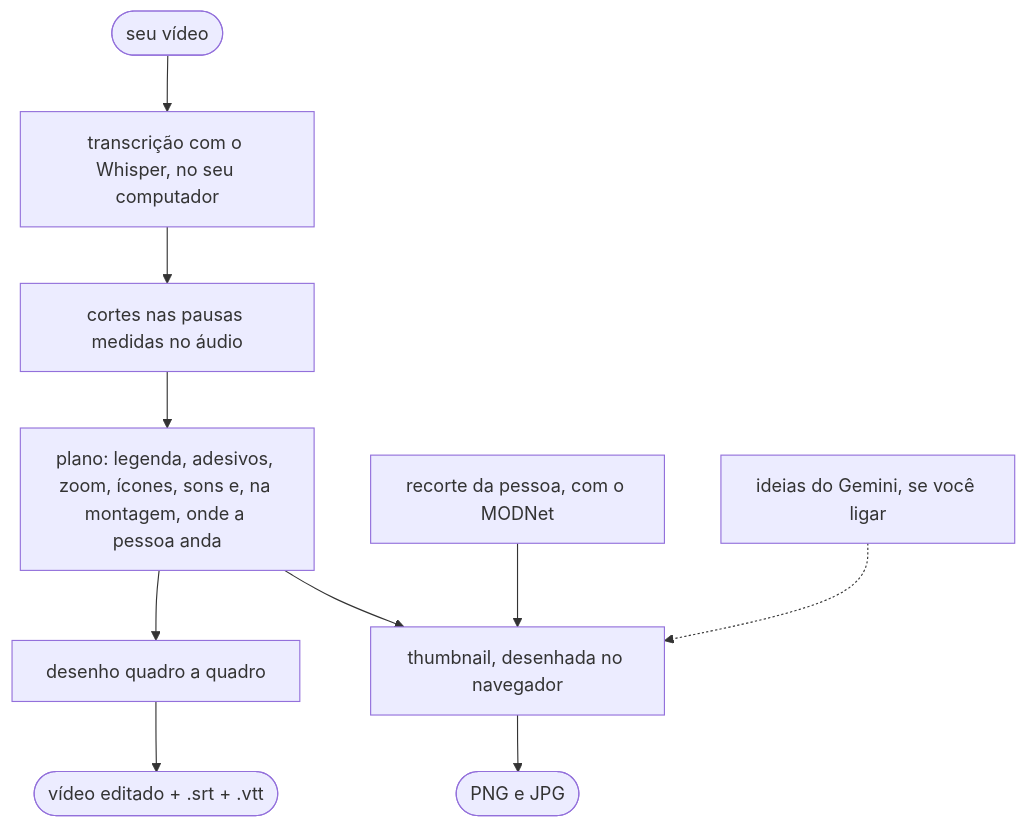
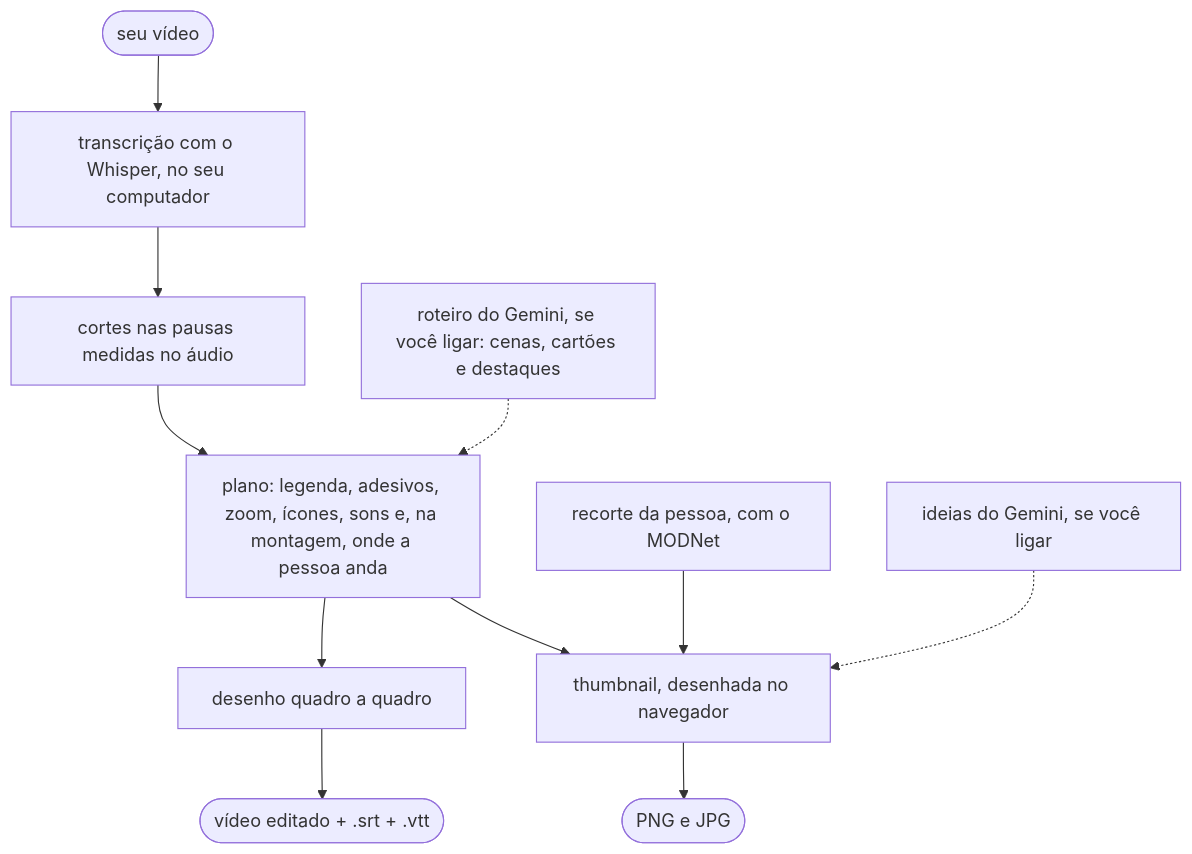
One commit to lucasteles1231/editor-de-video changed the diagram in README.md. Above: the diagram before and after it, drawn with Mermaid. The commit also changed other lines of this file and 49 other files, not shown here.

First line of the commit message:
Biblioteca de cenas, janela com câmera, cartões animados, legenda em destaques, voz e bipe

````diff
--- a/README.md
+++ b/README.md
@@ -577,12 +769,13 @@
 ```mermaid
 flowchart TD
     V([seu vídeo]) --> W[transcrição com o Whisper, no seu computador]
     W --> C[cortes nas pausas medidas no áudio]
     C --> P[plano: legenda, adesivos, zoom, ícones, sons e, na montagem, onde a pessoa anda]
     P --> D[desenho quadro a quadro]
     P --> T[thumbnail, desenhada no navegador]
     R[recorte da pessoa, com o MODNet] --> T
     G[ideias do Gemini, se você ligar] -.-> T
+    R2[roteiro do Gemini, se você ligar: cenas, cartões e destaques] -.-> P
     D --> S([vídeo editado + .srt + .vtt])
     T --> I([PNG e JPG])
 ```
````
